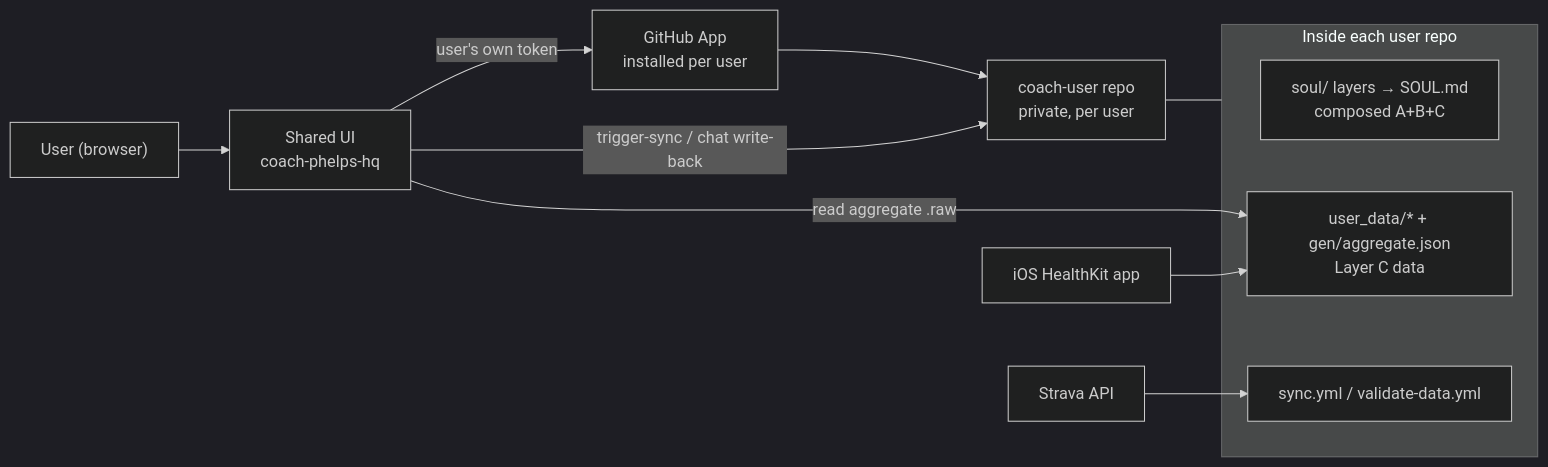
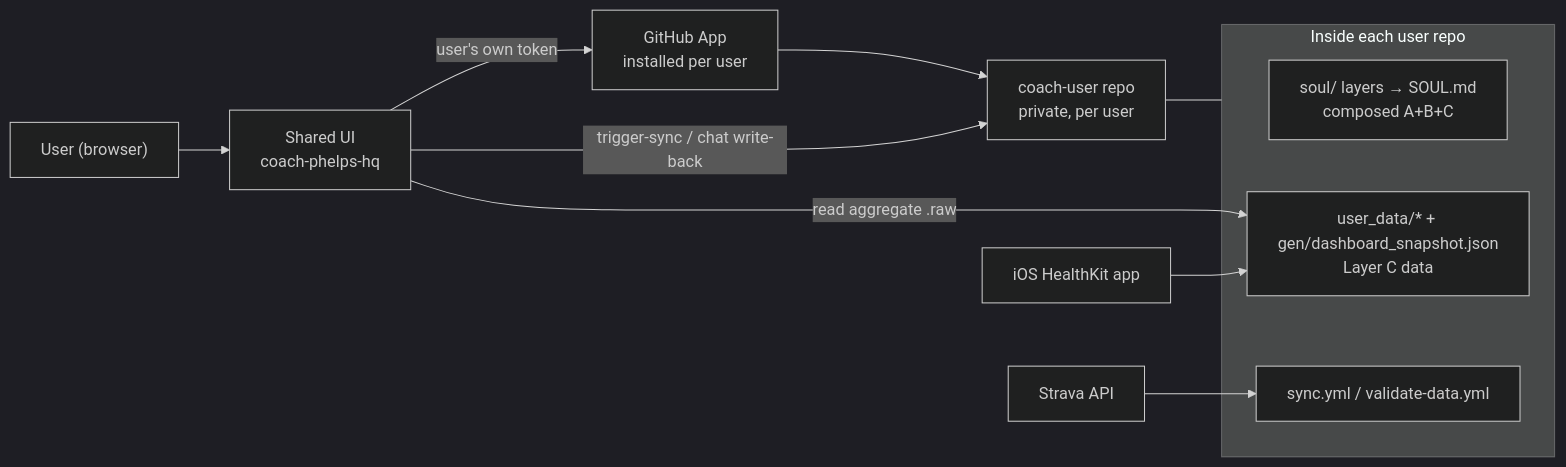
The first of 7 diagrams in docs/eng-docs/scaling-plan.md (sibling-shipyard/coach-hq), drawn with Mermaid (dark theme) before and after one commit. The commit also changed other lines of this file and 69 other files, not shown here.

Commit message:
core: rebuild dashboard snapshot and add athlete insights

````diff
--- a/docs/eng-docs/scaling-plan.md
+++ b/docs/eng-docs/scaling-plan.md
@@ -53,16 +53,16 @@
 ```mermaid
 flowchart LR
   user["User (browser)"] --> ui["Shared UI<br/>coach-phelps-hq"]
   ui -->|user's own token| app["GitHub App<br/>installed per user"]
   app --> repo["coach-user repo<br/>private, per user"]
   subgraph repo_contents["Inside each user repo"]
     soul["soul/ layers → SOUL.md<br/>composed A+B+C"]
-    cdata["user_data/* + gen/aggregate.json<br/>Layer C data"]
+    cdata["user_data/* + gen/dashboard_snapshot.json<br/>Layer C data"]
     wf["sync.yml / validate-data.yml"]
   end
   repo --- repo_contents
   ui -->|read aggregate .raw| cdata
   ui -->|trigger-sync / chat write-back| repo
   strava["Strava API"] --> wf
   ios["iOS HealthKit app"] --> cdata
 ```
````
